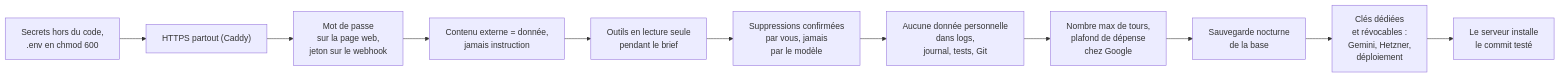
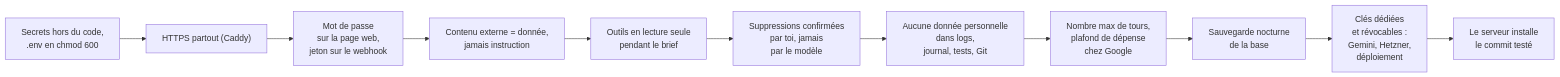
Before and after one commit to lecinquiemejour-code/goodvibe-tuto: diagram 42 of 42 in tuto-goodvibe-vibecoding.md, drawn with Mermaid. The commit also changed other lines of this file and 3 other files, not shown here.

````diff
--- a/tuto-goodvibe-vibecoding.md
+++ b/tuto-goodvibe-vibecoding.md
@@ -2216,13 +2216,13 @@
 ```mermaid
 flowchart LR
     S1["Secrets hors du code,<br/>.env en chmod 600"] --> S2["HTTPS partout (Caddy)"]
     S2 --> S3["Mot de passe<br/>sur la page web,<br/>jeton sur le webhook"]
     S3 --> S4["Contenu externe = donnée,<br/>jamais instruction"]
     S4 --> S4a["Outils en lecture seule<br/>pendant le brief"]
-    S4a --> S4b["Suppressions confirmées<br/>par vous, jamais<br/>par le modèle"]
+    S4a --> S4b["Suppressions confirmées<br/>par toi, jamais<br/>par le modèle"]
     S4b --> S5["Aucune donnée personnelle<br/>dans logs,<br/>journal, tests, Git"]
     S5 --> S6["Nombre max de tours,<br/>plafond de dépense<br/>chez Google"]
     S6 --> S7["Sauvegarde nocturne<br/>de la base"]
     S7 --> S8["Clés dédiées<br/>et révocables :<br/>Gemini, Hetzner,<br/>déploiement"]
     S8 --> S9["Le serveur installe<br/>le commit testé"]
 ```
````
